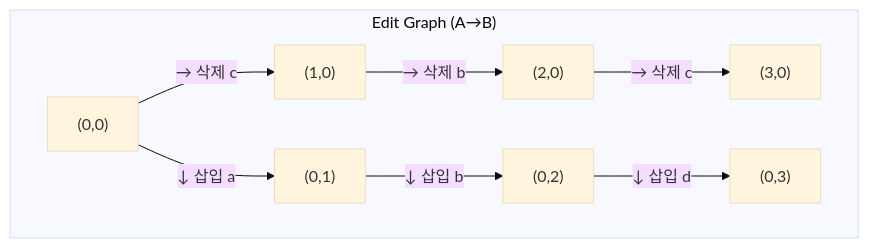
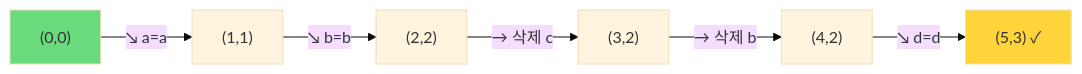
Before and after one commit to hiddenpunch/hiddenpunch.github.io: the first of 3 diagrams in content/posts/git-diff-secret.md, drawn with Mermaid (base theme). The commit also changed other lines of this file, not shown here.

Commit message:
Fix: Edit Graph 설명 및 다이어그램 수정

```diff
--- a/content/posts/git-diff-secret.md
+++ b/content/posts/git-diff-secret.md
@@ -113,12 +135,11 @@
 <pre class="mermaid">
-graph TD
-    subgraph "Edit Graph (A→B)"
-        direction LR
-        p00["(0,0)"] -->|"→ 삭제 c"| p10["(1,0)"]
-        p10 -->|"→ 삭제 b"| p20["(2,0)"]
-        p20 -->|"→ 삭제 c"| p30["(3,0)"]
-        p00 -->|"↓ 삽입 a"| p01["(0,1)"]
-        p01 -->|"↓ 삽입 b"| p02["(0,2)"]
-        p02 -->|"↓ 삽입 d"| p03["(0,3)"]
-    end
+graph LR
+    p00["(0,0)"] -->|"↘ a=a"| p11["(1,1)"]
+    p11 -->|"↘ b=b"| p22["(2,2)"]
+    p22 -->|"→ 삭제 c"| p32["(3,2)"]
+    p32 -->|"→ 삭제 b"| p42["(4,2)"]
+    p42 -->|"↘ d=d"| p53["(5,3) ✓"]
+    
+    style p00 fill:#69db7c
+    style p53 fill:#ffd43b
 </pre>
```
